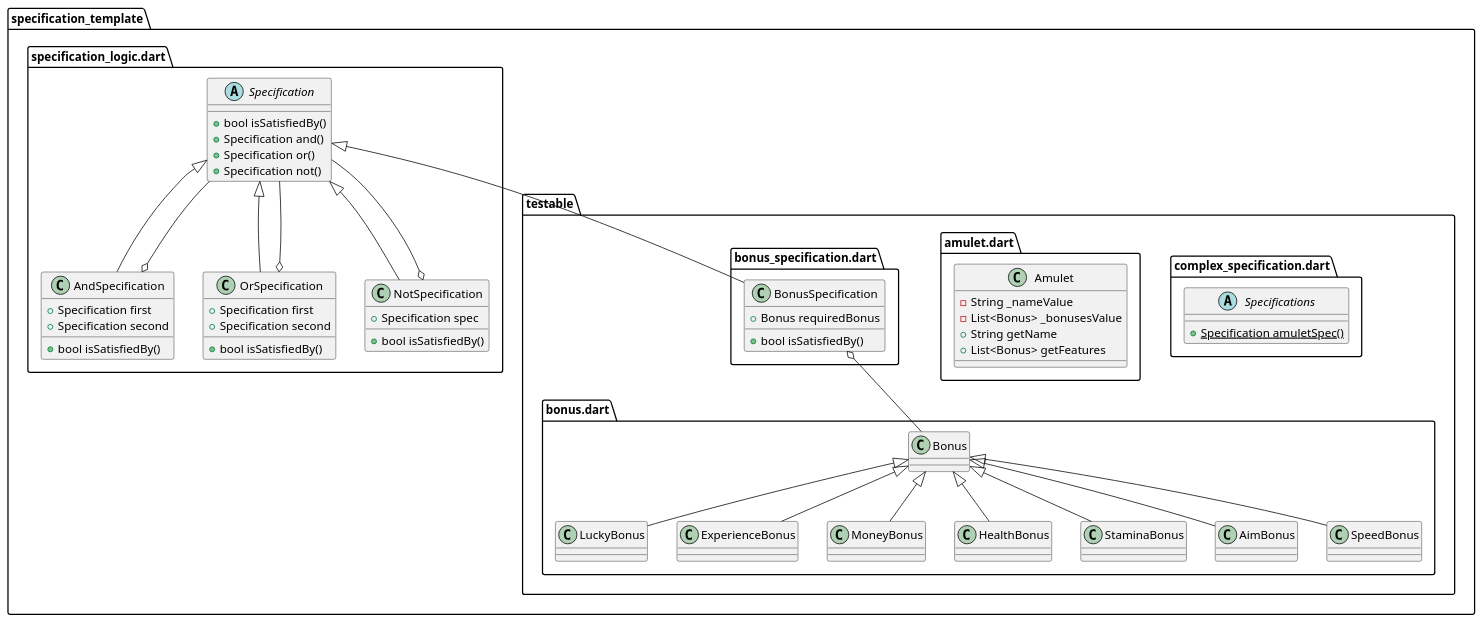
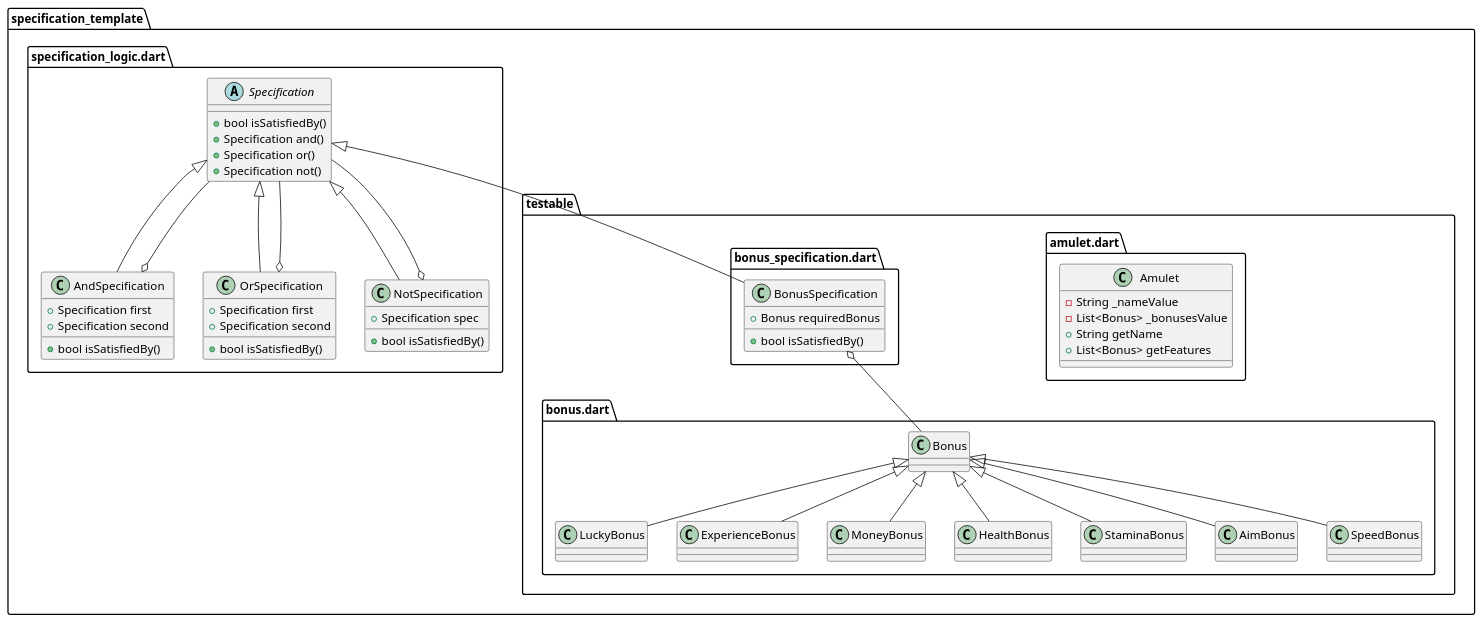
One commit to TheiaDraizer/specification_template changed the diagram in specification.puml. Above: the diagram before and after it, drawn with PlantUML. The commit also changed 3 other files, not shown here.

```diff
--- a/specification.puml
+++ b/specification.puml
@@ -1,95 +1,91 @@
 @startuml
 set namespaceSeparator ::
 
 class "specification_template::testable::bonus.dart::Bonus" {
 }
 
 class "specification_template::testable::bonus.dart::LuckyBonus" {
 }
 
 "specification_template::testable::bonus.dart::Bonus" <|-- "specification_template::testable::bonus.dart::LuckyBonus"
 
 class "specification_template::testable::bonus.dart::ExperienceBonus" {
 }
 
 "specification_template::testable::bonus.dart::Bonus" <|-- "specification_template::testable::bonus.dart::ExperienceBonus"
 
 class "specification_template::testable::bonus.dart::MoneyBonus" {
 }
 
 "specification_template::testable::bonus.dart::Bonus" <|-- "specification_template::testable::bonus.dart::MoneyBonus"
 
 class "specification_template::testable::bonus.dart::HealthBonus" {
 }
 
 "specification_template::testable::bonus.dart::Bonus" <|-- "specification_template::testable::bonus.dart::HealthBonus"
 
 class "specification_template::testable::bonus.dart::StaminaBonus" {
 }
 
 "specification_template::testable::bonus.dart::Bonus" <|-- "specification_template::testable::bonus.dart::StaminaBonus"
 
 class "specification_template::testable::bonus.dart::AimBonus" {
 }
 
 "specification_template::testable::bonus.dart::Bonus" <|-- "specification_template::testable::bonus.dart::AimBonus"
 
 class "specification_template::testable::bonus.dart::SpeedBonus" {
 }
 
 "specification_template::testable::bonus.dart::Bonus" <|-- "specification_template::testable::bonus.dart::SpeedBonus"
-
-abstract class "specification_template::testable::complex_specification.dart::Specifications" {
-  {static} +Specification amuletSpec()
-}
 
 class "specification_template::testable::amulet.dart::Amulet" {
   -String _nameValue
   -List<Bonus> _bonusesValue
   +String getName
   +List<Bonus> getFeatures
 }
 
 class "specification_template::testable::bonus_specification.dart::BonusSpecification" {
   +Bonus requiredBonus
   +bool isSatisfiedBy()
 }
 
 "specification_template::testable::bonus_specification.dart::BonusSpecification" o-- "specification_template::testable::bonus.dart::Bonus"
 "specification_template::specification_logic.dart::Specification" <|-- "specification_template::testable::bonus_specification.dart::BonusSpecification"
 
 abstract class "specification_template::specification_logic.dart::Specification" {
   +bool isSatisfiedBy()
   +Specification and()
   +Specification or()
   +Specification not()
 }
 
 class "specification_template::specification_logic.dart::AndSpecification" {
   +Specification first
   +Specification second
   +bool isSatisfiedBy()
 }
 
 "specification_template::specification_logic.dart::AndSpecification" o-- "specification_template::specification_logic.dart::Specification"
 "specification_template::specification_logic.dart::Specification" <|-- "specification_template::specification_logic.dart::AndSpecification"
 
 class "specification_template::specification_logic.dart::OrSpecification" {
   +Specification first
   +Specification second
   +bool isSatisfiedBy()
 }
 
 "specification_template::specification_logic.dart::OrSpecification" o-- "specification_template::specification_logic.dart::Specification"
 "specification_template::specification_logic.dart::Specification" <|-- "specification_template::specification_logic.dart::OrSpecification"
 
 class "specification_template::specification_logic.dart::NotSpecification" {
   +Specification spec
   +bool isSatisfiedBy()
 }
 
 "specification_template::specification_logic.dart::NotSpecification" o-- "specification_template::specification_logic.dart::Specification"
 "specification_template::specification_logic.dart::Specification" <|-- "specification_template::specification_logic.dart::NotSpecification"
 
 
 @enduml
```
